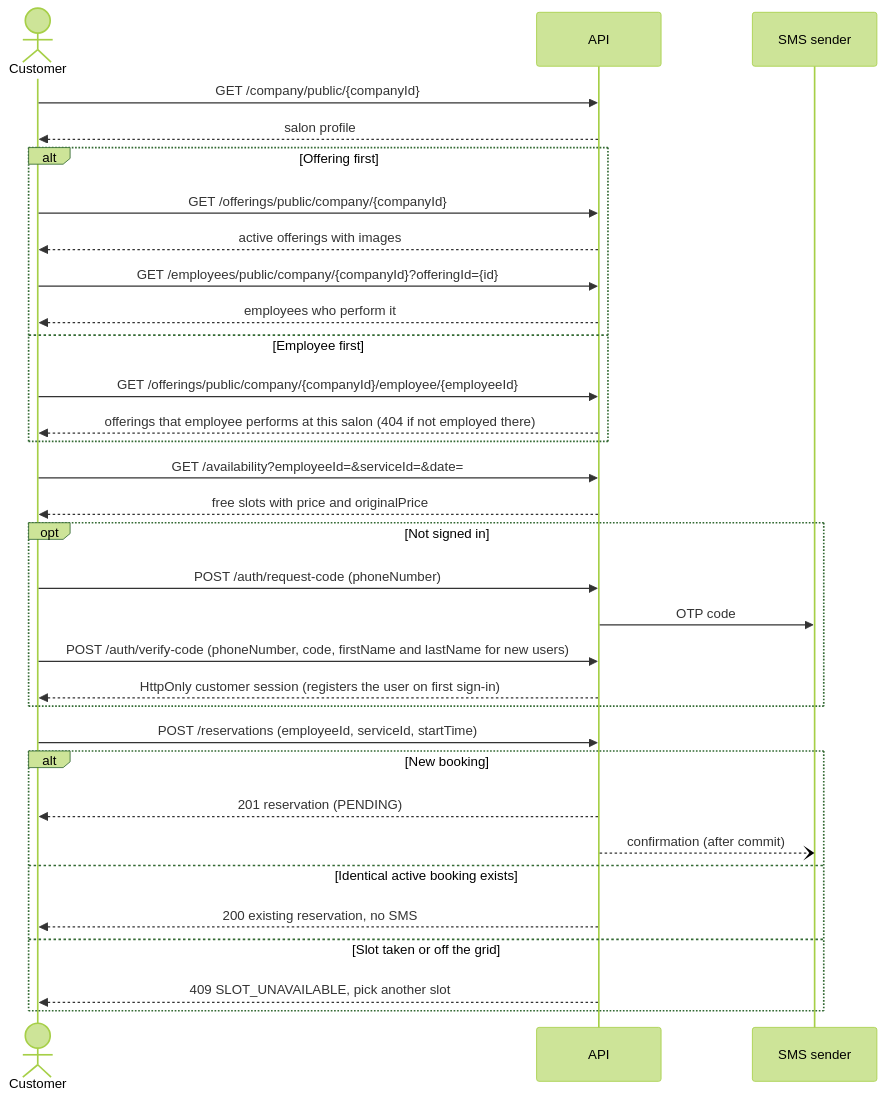
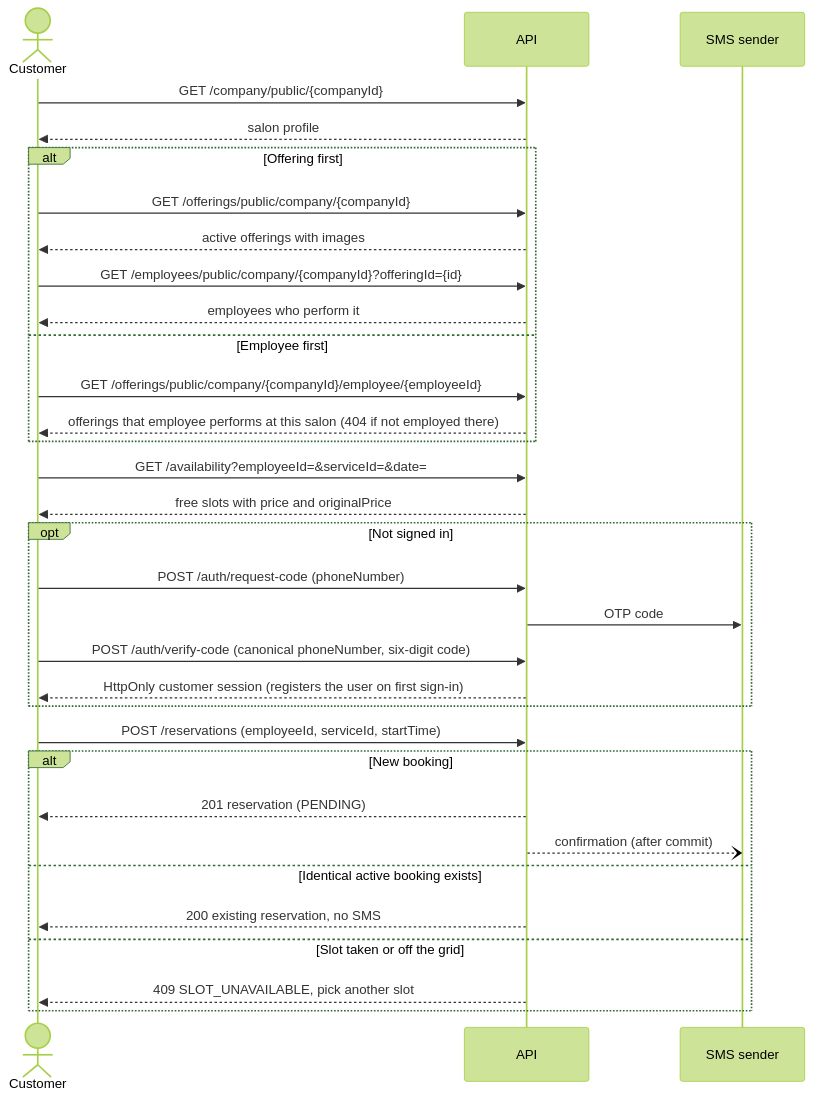
One commit to s24407-pj/scheduler changed the second of 8 diagrams in docs/flows.md. Above: the diagram before and after it, drawn with Mermaid (forest theme). The commit also changed 19 other files, not shown here.

Commit message:
Implement atomic OTP issuance, rolling limits and name-free phone login

````diff
--- a/docs/flows.md
+++ b/docs/flows.md
@@ -46,34 +46,34 @@
 ```mermaid
 sequenceDiagram
     actor C as Customer
     participant API
     participant SMS as SMS sender
     C->>API: GET /company/public/{companyId}
     API-->>C: salon profile
     alt Offering first
         C->>API: GET /offerings/public/company/{companyId}
         API-->>C: active offerings with images
         C->>API: GET /employees/public/company/{companyId}?offeringId={id}
         API-->>C: employees who perform it
     else Employee first
         C->>API: GET /offerings/public/company/{companyId}/employee/{employeeId}
         API-->>C: offerings that employee performs at this salon (404 if not employed there)
     end
     C->>API: GET /availability?employeeId=&serviceId=&date=
     API-->>C: free slots with price and originalPrice
     opt Not signed in
         C->>API: POST /auth/request-code (phoneNumber)
         API->>SMS: OTP code
-        C->>API: POST /auth/verify-code (phoneNumber, code, firstName and lastName for new users)
+        C->>API: POST /auth/verify-code (canonical phoneNumber, six-digit code)
         API-->>C: HttpOnly customer session (registers the user on first sign-in)
     end
     C->>API: POST /reservations (employeeId, serviceId, startTime)
     alt New booking
         API-->>C: 201 reservation (PENDING)
         API--)SMS: confirmation (after commit)
     else Identical active booking exists
         API-->>C: 200 existing reservation, no SMS
     else Slot taken or off the grid
         API-->>C: 409 SLOT_UNAVAILABLE, pick another slot
     end
 ```
````
